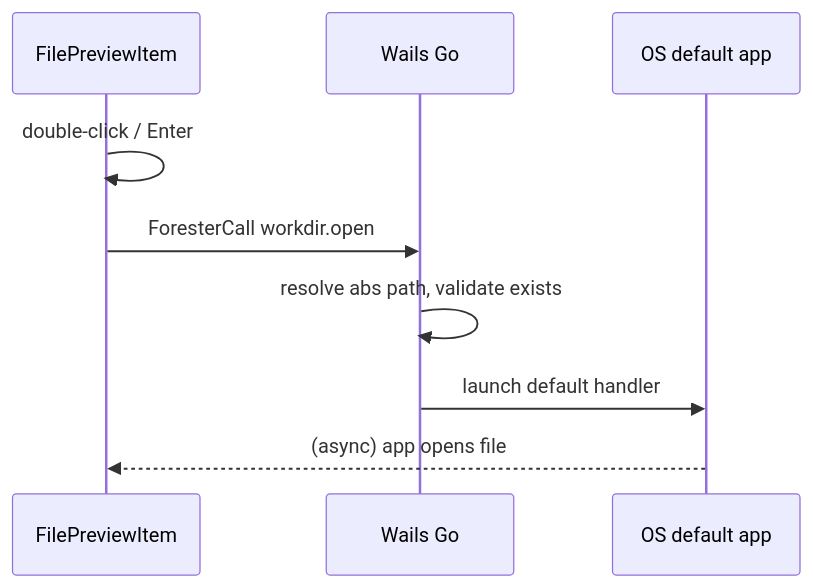
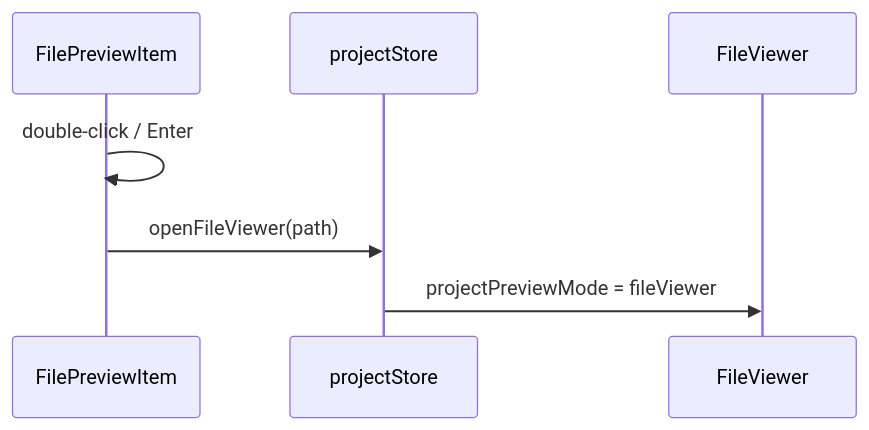
The diagram in .cursor/interface/content-preview-project-view.md (DSLitvinov/difference-machine), drawn with Mermaid before and after one commit. The commit also changed other lines of this file and 24 other files, not shown here.

````diff
--- a/.cursor/interface/content-preview-project-view.md
+++ b/.cursor/interface/content-preview-project-view.md
@@ -250,12 +251,10 @@
 ```mermaid
 sequenceDiagram
   participant UI as FilePreviewItem
-  participant W as Wails Go
-  participant OS as OS default app
+  participant Store as projectStore
+  participant Panel as FileViewer
 
   UI->>UI: double-click / Enter
-  UI->>W: ForesterCall workdir.open
-  W->>W: resolve abs path, validate exists
-  W->>OS: launch default handler
-  OS-->>UI: (async) app opens file
+  UI->>Store: openFileViewer(path)
+  Store->>Panel: projectPreviewMode = fileViewer
 ```
````
